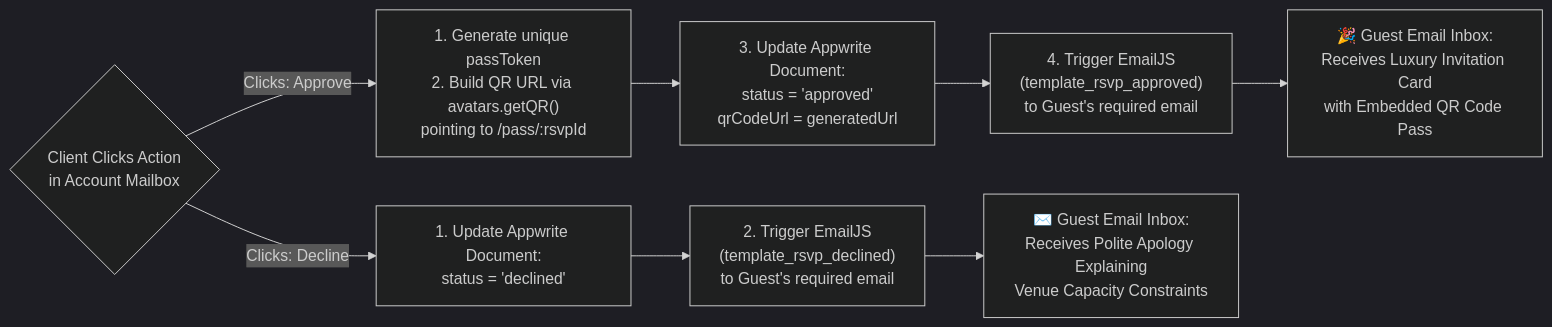
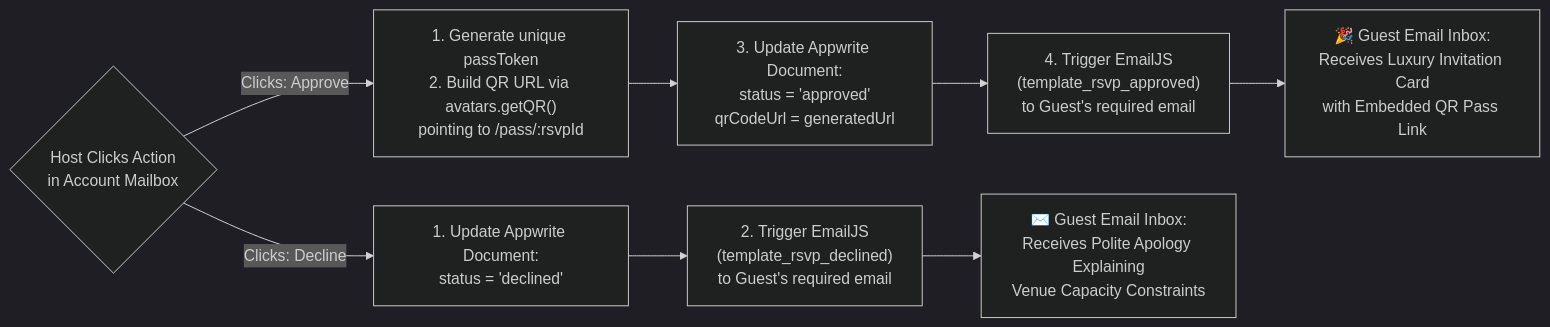
Before and after one commit to moFUNCTION/Asar: the fourth of 5 diagrams in docs/ASAR_PROJECT_ARCHITECTURE.md, drawn with Mermaid (dark theme). The commit also changed other lines of this file and 500 other files, not shown here.

````diff
--- a/docs/ASAR_PROJECT_ARCHITECTURE.md
+++ b/docs/ASAR_PROJECT_ARCHITECTURE.md
@@ -447,13 +776,13 @@
 ```mermaid
 flowchart LR
-    Decision{"Client Clicks Action\nin Account Mailbox"}
+    Decision{"Host Clicks Action\nin Account Mailbox"}
     
     Decision -->|"Clicks: Approve"| GenToken["1. Generate unique passToken\n2. Build QR URL via avatars.getQR()\npointing to /pass/:rsvpId"]
     GenToken --> UpdateApprove["3. Update Appwrite Document:\nstatus = 'approved'\nqrCodeUrl = generatedUrl"]
     UpdateApprove --> SendApproveEmail["4. Trigger EmailJS\n(template_rsvp_approved)\nto Guest's required email"]
-    SendApproveEmail --> GuestGetsQR["🎉 Guest Email Inbox:\nReceives Luxury Invitation Card\nwith Embedded QR Code Pass"]
+    SendApproveEmail --> GuestGetsQR["🎉 Guest Email Inbox:\nReceives Luxury Invitation Card\nwith Embedded QR Pass Link"]
 
     Decision -->|"Clicks: Decline"| UpdateDecline["1. Update Appwrite Document:\nstatus = 'declined'"]
     UpdateDecline --> SendDeclineEmail["2. Trigger EmailJS\n(template_rsvp_declined)\nto Guest's required email"]
     SendDeclineEmail --> GuestGetsApology["✉️ Guest Email Inbox:\nReceives Polite Apology Explaining\nVenue Capacity Constraints"]
 ```
````
